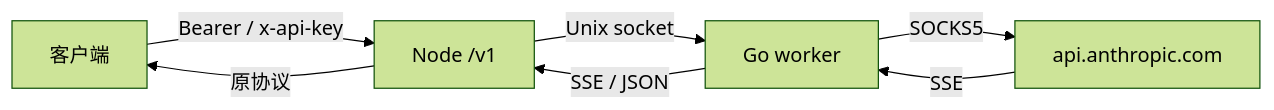
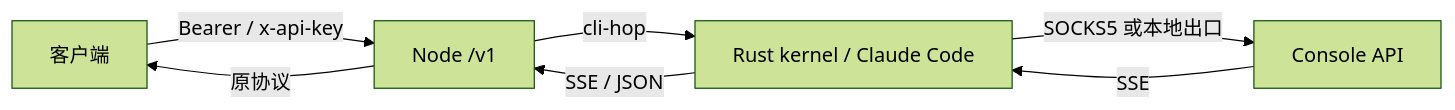
The first of 2 diagrams in docs/API.md (31Yang/vm2api), drawn with Mermaid (forest theme) before and after one commit. The commit also changed 6 other files, not shown here.

````diff
--- a/docs/API.md
+++ b/docs/API.md
@@ -5,9 +5,9 @@
 ```mermaid
 flowchart LR
   C[客户端] -->|Bearer / x-api-key| N[Node /v1]
-  N -->|Unix socket| W[Go worker]
-  W -->|SOCKS5| A[api.anthropic.com]
-  A -->|SSE| W
-  W -->|SSE / JSON| N
+  N -->|cli-hop| K[Rust kernel / Claude Code]
+  K -->|SOCKS5 或本地出口| A[Console API]
+  A -->|SSE| K
+  K -->|SSE / JSON| N
   N -->|原协议| C
 ```
````
